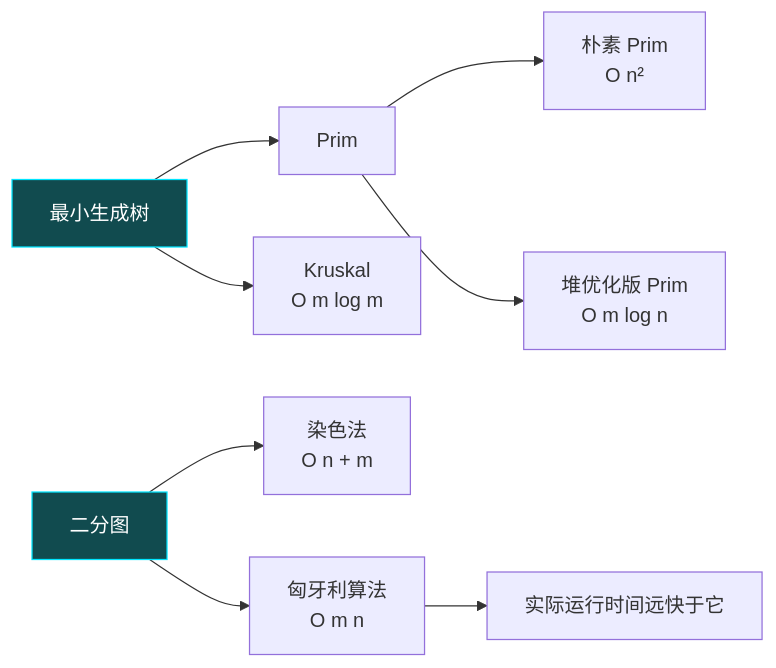
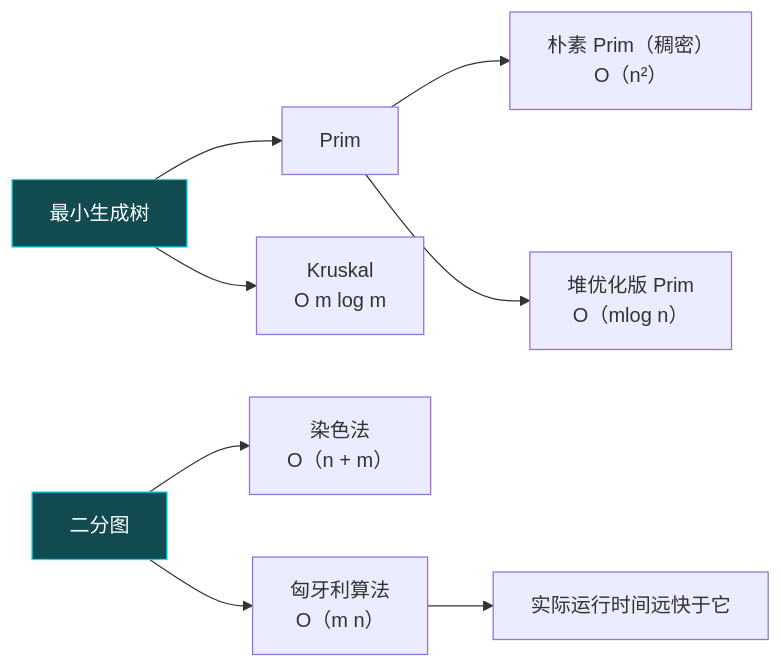
Before and after one commit to yxmmmm/obsidian-vault: the diagram in algorithm/最小生成树.md, drawn with Mermaid.

Commit message:
自动备份: 2026-05-19 17:09:14 - 1个文件

````diff
--- a/algorithm/最小生成树.md
+++ b/algorithm/最小生成树.md
@@ -3,23 +3,23 @@
 ```mermaid
 graph LR
     %% 核心节点
     MST[最小生成树]
     Bi[二分图]
 
     %% 最小生成树分支
     MST --> Prim[Prim]
     MST --> Kruskal[Kruskal <br>O m log m]
     
-    Prim --> Prim_Naive[朴素 Prim <br>O n²]
-    Prim --> Prim_Heap[堆优化版 Prim <br>O m log n]
+    Prim --> Prim_Naive[朴素 Prim（稠密）<br>O（n²）]
+    Prim --> Prim_Heap[堆优化版 Prim <br>O（mlog n）]
 
     %% 二分图分支
-    Bi --> Coloring[染色法 <br>O n + m]
-    Bi --> Hungarian[匈牙利算法 <br>O m n]
+    Bi --> Coloring[染色法 <br>O（n + m）]
+    Bi --> Hungarian[匈牙利算法 <br>O（m n）]
     
     Hungarian --> Note[实际运行时间远快于它]
 
     %% 样式调整
     style MST fill:#114B4F,stroke:#00E5FF,color:#fff
     style Bi fill:#114B4F,stroke:#00E5FF,color:#fff
 ```
````
